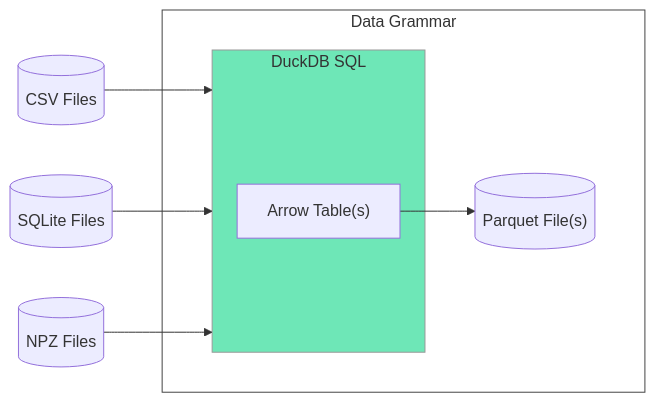
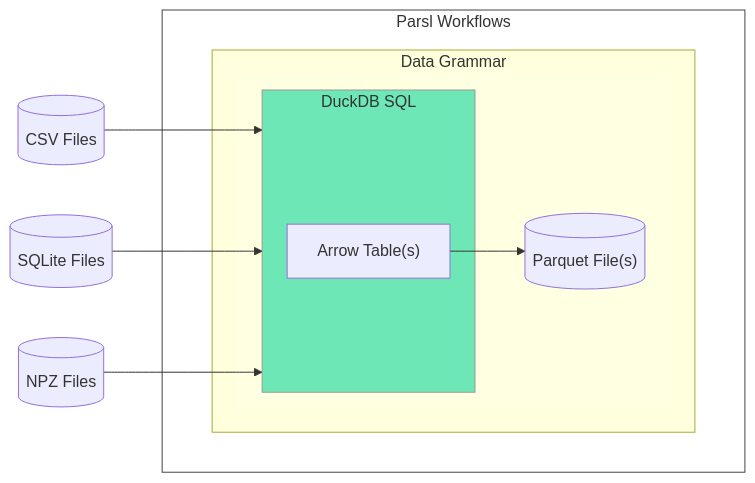
Before and after one commit to CU-DBMI/set-presentations: the diagram in scipy-2023-data-grammar-poster/images/main-diagram.mmd, drawn with Mermaid. The commit also changed 7 other files, not shown here.

```diff
--- a/scipy-2023-data-grammar-poster/images/main-diagram.mmd
+++ b/scipy-2023-data-grammar-poster/images/main-diagram.mmd
@@ -1,25 +1,30 @@
 flowchart LR
 
     csv[(CSV Files)]
     npz[(NPZ Files)]
     sqlite[(SQLite Files)]
     
-    subgraph data_grammar ["Data Grammar\n"]
+    subgraph parsl["Parsl Workflows"]
         subgraph spacer [" "]
-            subgraph sql["DuckDB SQL"]
-                arrow["Arrow Table(s)"]
+            subgraph data_grammar ["Data Grammar\n"]
+                subgraph spacer2 [" "]
+                    subgraph sql["DuckDB SQL"]
+                        arrow["Arrow Table(s)"]
+                    end
+                    parquet[("Parquet File(s)")]
+                end
             end
-            parquet[("Parquet File(s)")]
         end
     end
 
     csv --> sql
     sqlite --> sql
     npz --> sql
 
     arrow --> parquet
 
 
-    style sql fill:#6EE7B7,stroke:#999999;
-    style data_grammar fill:#ffffff,stroke:#444444;
-    style spacer fill:#ffffff,stroke:#ffffff;
+style sql fill:#6EE7B7,stroke:#999999;
+style parsl fill:#ffffff,stroke:#444444;
+style spacer fill:#ffffff,stroke:#ffffff;
+style spacer2 fill:#FFFFE1,stroke:#FFFFE1;
```
